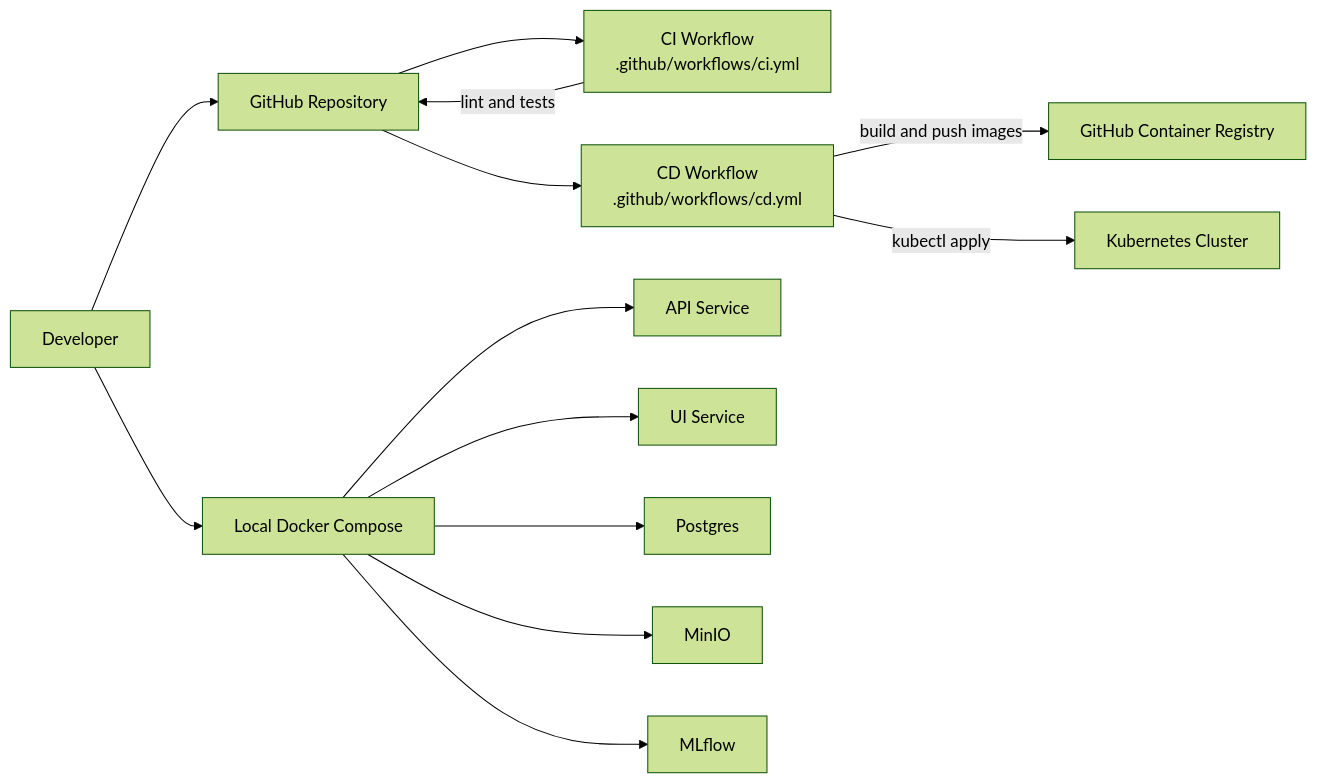
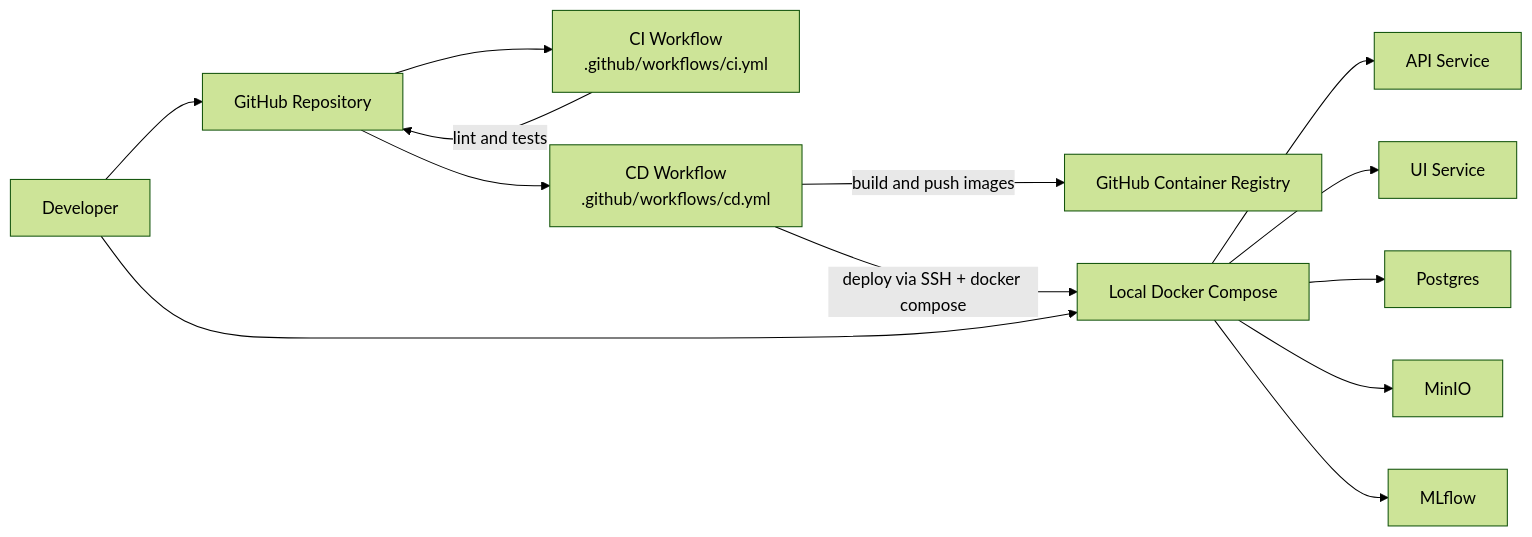
One commit to Jyoti-Dwivedi-010/V2AI_M25CSA010_M25CSA018 changed the second of 2 diagrams in docs/ARCHITECTURE_DIAGRAM.md. Above: the diagram before and after it, drawn with Mermaid (forest theme). The commit also changed 23 other files, not shown here.

````diff
--- a/docs/ARCHITECTURE_DIAGRAM.md
+++ b/docs/ARCHITECTURE_DIAGRAM.md
@@ -87,24 +87,23 @@
 ```mermaid
 flowchart LR
     DEV[Developer]
     GIT[GitHub Repository]
     CI[CI Workflow\n.github/workflows/ci.yml]
     CD[CD Workflow\n.github/workflows/cd.yml]
     GHCR[GitHub Container Registry]
-    K8S[Kubernetes Cluster]
     DOCKER[Local Docker Compose]
 
     DEV --> GIT
     GIT --> CI
     CI -->|lint and tests| GIT
     GIT --> CD
     CD -->|build and push images| GHCR
-    CD -->|kubectl apply| K8S
+    CD -->|deploy via SSH + docker compose| DOCKER
 
     DEV --> DOCKER
     DOCKER --> API_LOCAL[API Service]
     DOCKER --> UI_LOCAL[UI Service]
     DOCKER --> DB_LOCAL[Postgres]
     DOCKER --> MINIO_LOCAL[MinIO]
     DOCKER --> MLFLOW_LOCAL[MLflow]
 ```
````
